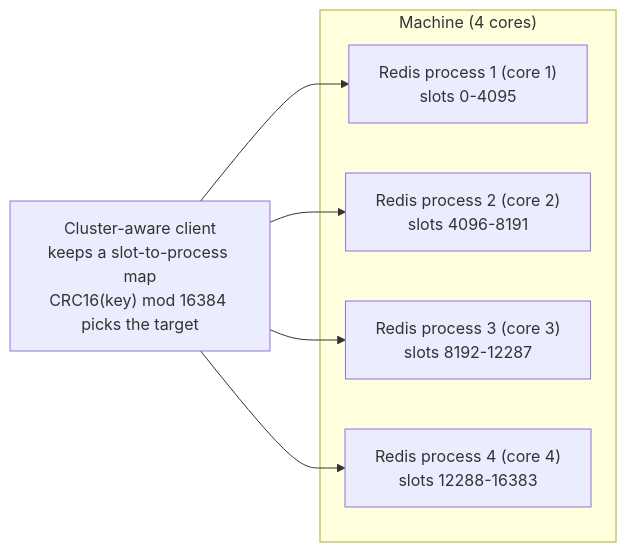
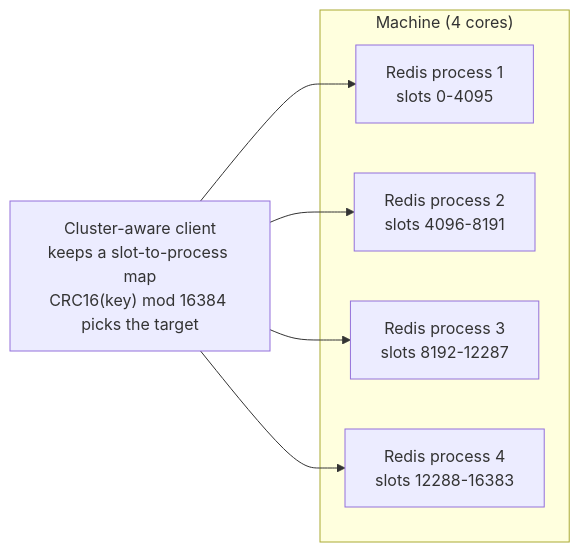
Before and after one commit to bmf-san/bmf-tech: the third of 5 diagrams in content/en/posts/redis-memcached-dragonfly-architecture.md, drawn with Mermaid. The commit also changed other lines of this file and 1 other file, not shown here.

Commit message:
fix: 図のコア固定表記の削除やDragonfly・Redis・Valkeyの記述を出典どおりに修正

````diff
--- a/content/en/posts/redis-memcached-dragonfly-architecture.md
+++ b/content/en/posts/redis-memcached-dragonfly-architecture.md
@@ -92,11 +92,11 @@
 ```mermaid
 flowchart LR
     C["Cluster-aware client<br/>keeps a slot-to-process map<br/>CRC16(key) mod 16384 picks the target"]
     subgraph M["Machine (4 cores)"]
-        P1["Redis process 1 (core 1)<br/>slots 0-4095"]
-        P2["Redis process 2 (core 2)<br/>slots 4096-8191"]
-        P3["Redis process 3 (core 3)<br/>slots 8192-12287"]
-        P4["Redis process 4 (core 4)<br/>slots 12288-16383"]
+        P1["Redis process 1<br/>slots 0-4095"]
+        P2["Redis process 2<br/>slots 4096-8191"]
+        P3["Redis process 3<br/>slots 8192-12287"]
+        P4["Redis process 4<br/>slots 12288-16383"]
     end
     C --> P1 & P2 & P3 & P4
 ```
````
